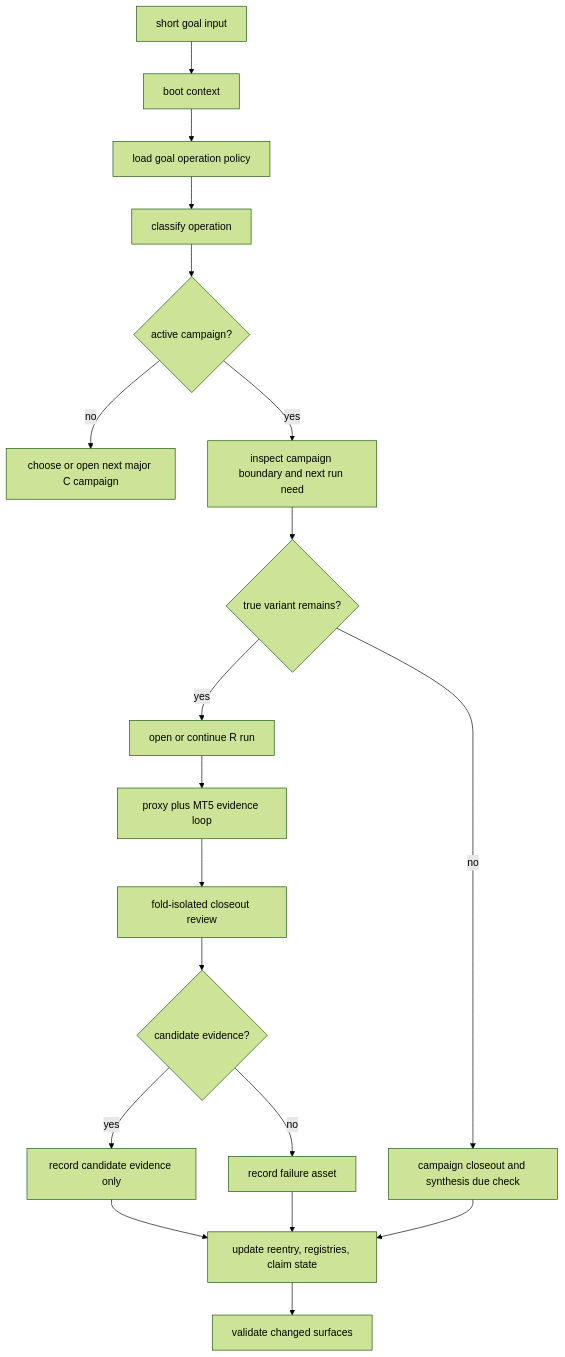
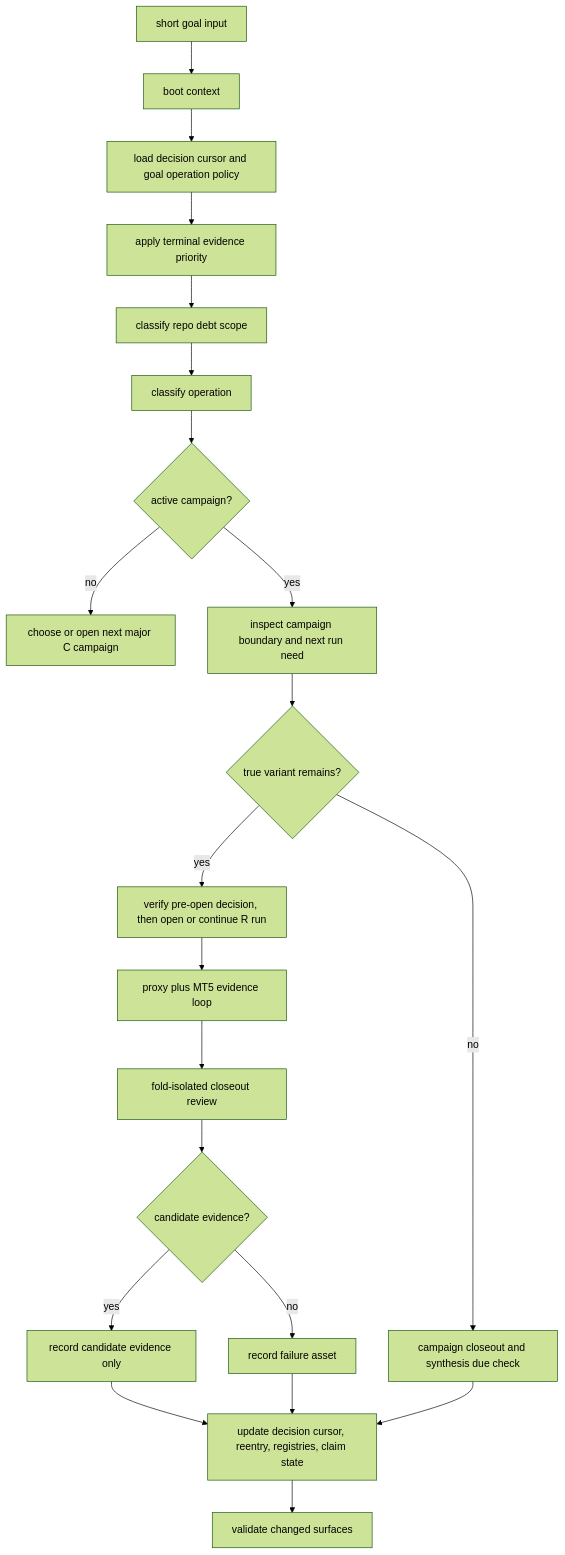
The diagram in .agents/skills/axiom-goal-campaign-operator/references/operating_flow.md (Minki-Trader/Project_Axiom_Rift), drawn with Mermaid (forest theme) before and after one commit. The commit also changed other lines of this file and 15 other files, not shown here.

````diff
--- a/.agents/skills/axiom-goal-campaign-operator/references/operating_flow.md
+++ b/.agents/skills/axiom-goal-campaign-operator/references/operating_flow.md
@@ -11,21 +11,23 @@
 ```mermaid
 flowchart TD
   A["short goal input"] --> B["boot context"]
-  B --> C["load goal operation policy"]
-  C --> D["classify operation"]
-  D --> E{"active campaign?"}
-  E -->|no| F["choose or open next major C campaign"]
-  E -->|yes| G["inspect campaign boundary and next run need"]
-  G --> H{"true variant remains?"}
-  H -->|yes| I["open or continue R run"]
-  H -->|no| J["campaign closeout and synthesis due check"]
-  I --> K["proxy plus MT5 evidence loop"]
-  K --> L["fold-isolated closeout review"]
-  L --> M{"candidate evidence?"}
-  M -->|yes| N["record candidate evidence only"]
-  M -->|no| O["record failure asset"]
-  N --> P["update reentry, registries, claim state"]
-  O --> P
-  J --> P
-  P --> Q["validate changed surfaces"]
+  B --> C["load decision cursor and goal operation policy"]
+  C --> D["apply terminal evidence priority"]
+  D --> E["classify repo debt scope"]
+  E --> F["classify operation"]
+  F --> G{"active campaign?"}
+  G -->|no| H["choose or open next major C campaign"]
+  G -->|yes| I["inspect campaign boundary and next run need"]
+  I --> J{"true variant remains?"}
+  J -->|yes| K["verify pre-open decision, then open or continue R run"]
+  J -->|no| L["campaign closeout and synthesis due check"]
+  K --> M["proxy plus MT5 evidence loop"]
+  M --> N["fold-isolated closeout review"]
+  N --> O{"candidate evidence?"}
+  O -->|yes| P["record candidate evidence only"]
+  O -->|no| Q["record failure asset"]
+  P --> R["update decision cursor, reentry, registries, claim state"]
+  Q --> R
+  L --> R
+  R --> S["validate changed surfaces"]
 ```
````
